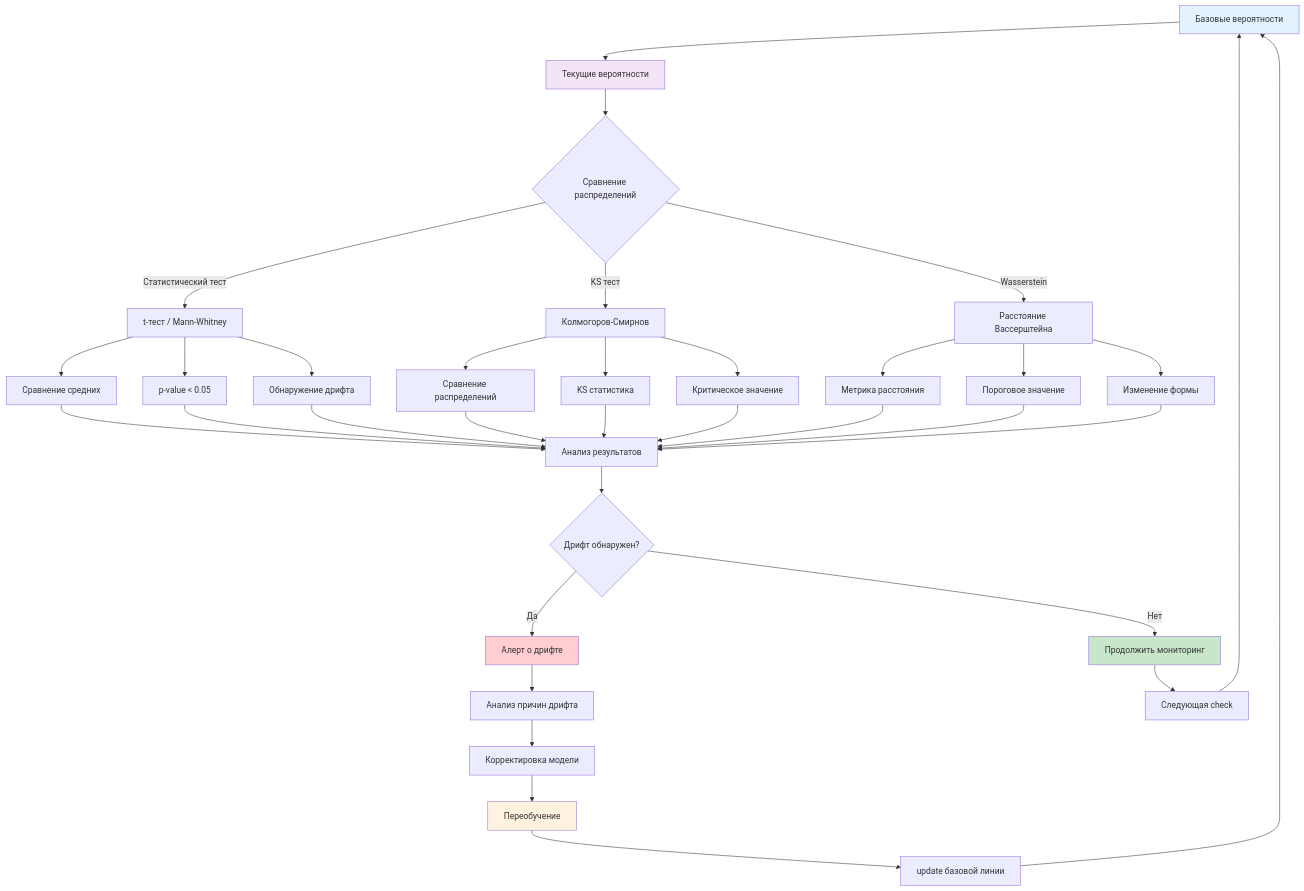
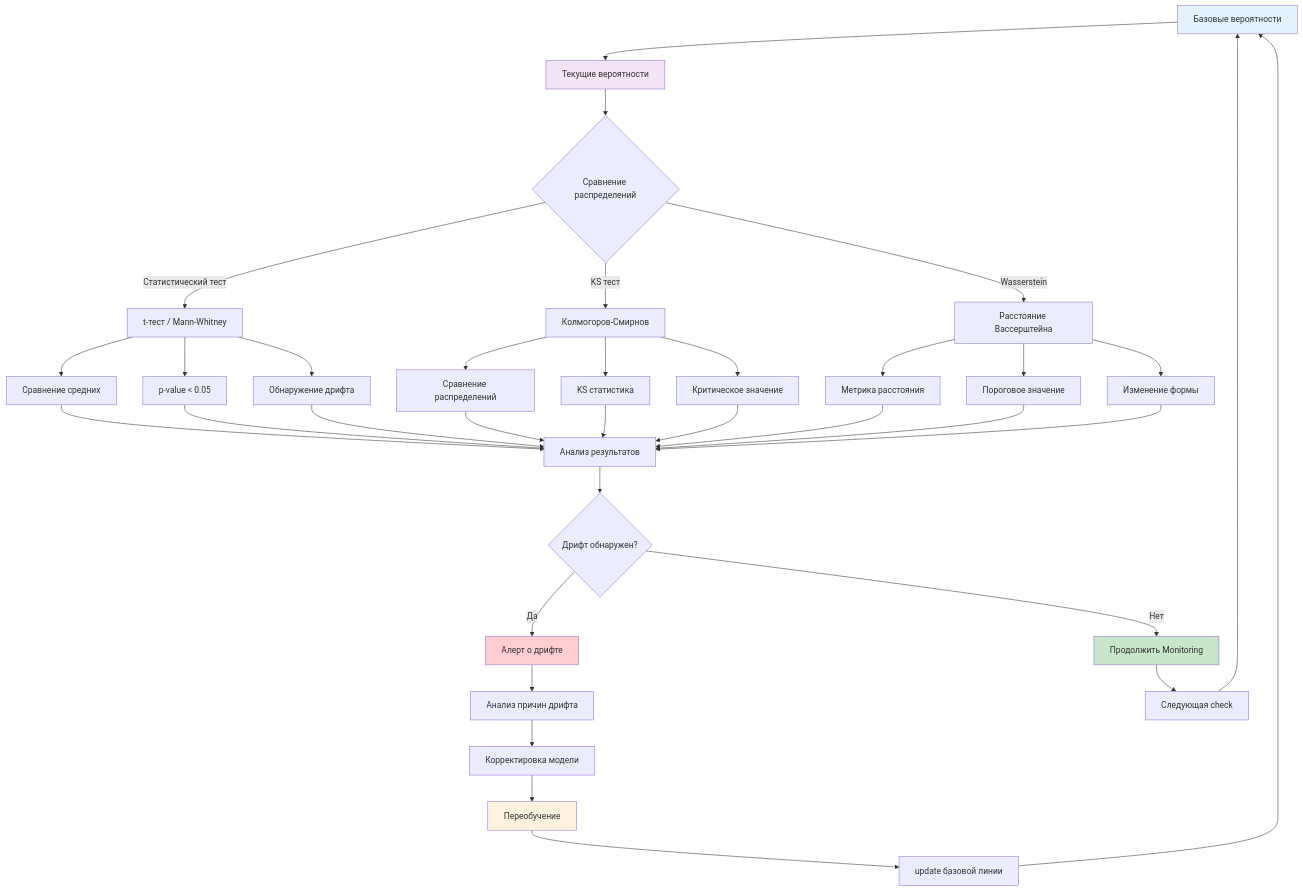
The fifth of 8 diagrams in docs/automl/gluon/26_probability_usage_guide.md (NeoZorK/neozork-hld-prediction), drawn with Mermaid before and after one commit. The commit also changed other lines of this file and 102 other files, not shown here.

````diff
--- a/docs/automl/gluon/26_probability_usage_guide.md
+++ b/docs/automl/gluon/26_probability_usage_guide.md
@@ -986,50 +986,50 @@
 ```mermaid
 graph TD
  A[Базовые вероятности] --> B[Текущие вероятности]
  B --> C{Сравнение распределений}
 
  C -->|Статистический тест| D[t-тест / Mann-Whitney]
  C -->|KS тест| E[Колмогоров-Смирнов]
  C -->|Wasserstein| F[Расстояние Вассерштейна]
 
  D --> D1[Сравнение средних]
  D --> D2[p-value < 0.05]
  D --> D3[Обнаружение дрифта]
 
  E --> E1[Сравнение распределений]
  E --> E2[KS статистика]
  E --> E3[Критическое значение]
 
  F --> F1[Метрика расстояния]
  F --> F2[Пороговое значение]
  F --> F3[Изменение формы]
 
  D1 --> G[Анализ результатов]
  D2 --> G
  D3 --> G
  E1 --> G
  E2 --> G
  E3 --> G
  F1 --> G
  F2 --> G
  F3 --> G
 
  G --> H{Дрифт обнаружен?}
  H -->|Да| I[Алерт о дрифте]
- H -->|Нет| J[Продолжить мониторинг]
+ H -->|Нет| J[Продолжить Monitoring]
 
  I --> K[Анализ причин дрифта]
  K --> L[Корректировка модели]
  L --> M[Переобучение]
  M --> N[update базовой линии]
  N --> A
 
  J --> O[Следующая check]
  O --> A
 
  style A fill:#e3f2fd
  style B fill:#f3e5f5
  style I fill:#ffcdd2
  style J fill:#c8e6c9
  style M fill:#fff3e0
 ```
````
